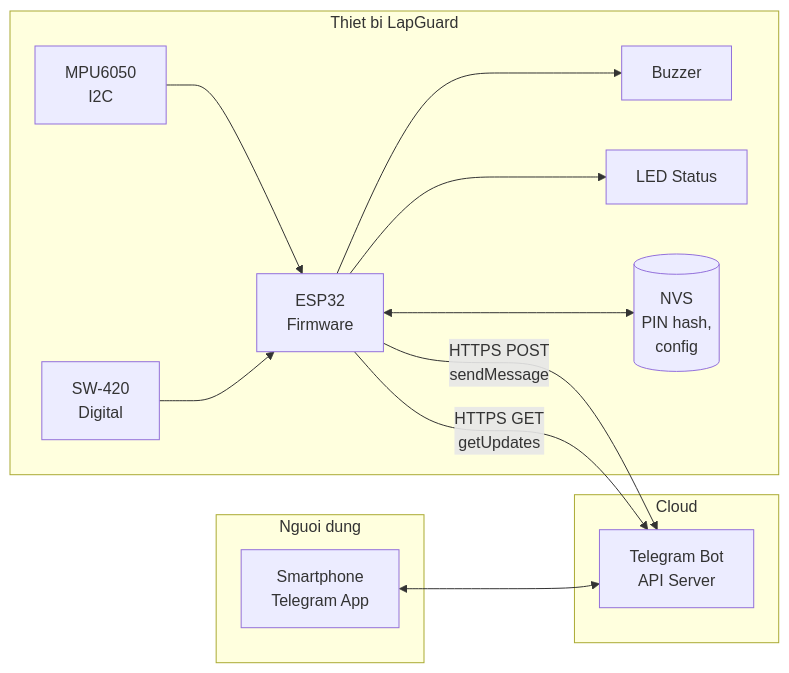
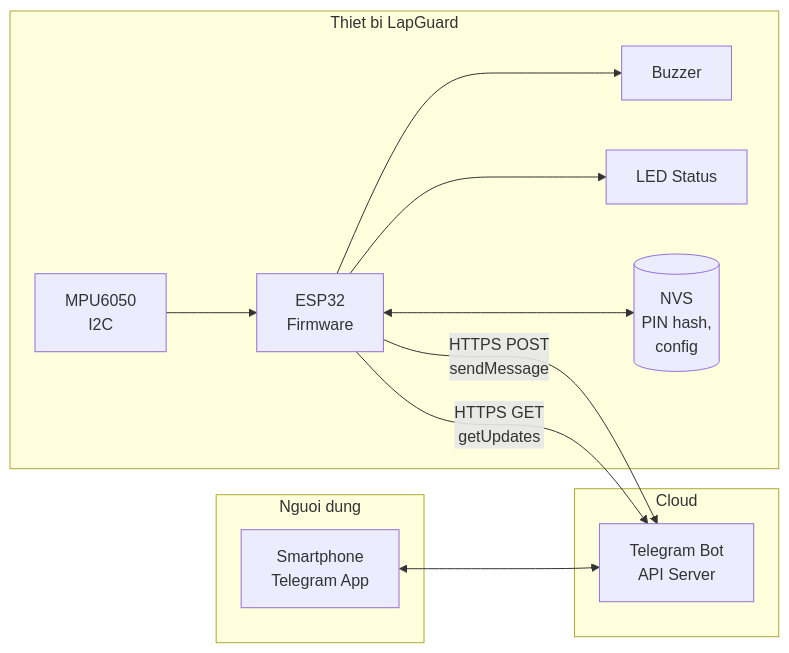
The second of 5 diagrams in docs/03-system-architecture.md (NHP234/AIoT), drawn with Mermaid before and after one commit. The commit also changed other lines of this file and 20 other files, not shown here.

````diff
--- a/docs/03-system-architecture.md
+++ b/docs/03-system-architecture.md
@@ -39,29 +39,29 @@
 ```mermaid
 flowchart LR
     subgraph Device[Thiet bi LapGuard]
         MPU[MPU6050<br/>I2C]
-        SW420[SW-420<br/>Digital]
+        %% SW420[SW-420<br/>Digital - Option v2]
         MCU[ESP32<br/>Firmware]
         BUZZ[Buzzer]
         LED[LED Status]
         NVS[(NVS<br/>PIN hash,<br/>config)]
 
         MPU --> MCU
-        SW420 --> MCU
+        %% SW420 --> MCU (Option v2)
         MCU --> BUZZ
         MCU --> LED
         MCU <--> NVS
     end
 
     subgraph Cloud[Cloud]
         TG[Telegram Bot<br/>API Server]
     end
 
     subgraph User[Nguoi dung]
         PHONE[Smartphone<br/>Telegram App]
     end
 
     MCU -- HTTPS POST<br/>sendMessage --> TG
     MCU -- HTTPS GET<br/>getUpdates --> TG
     PHONE <--> TG
 ```
````
